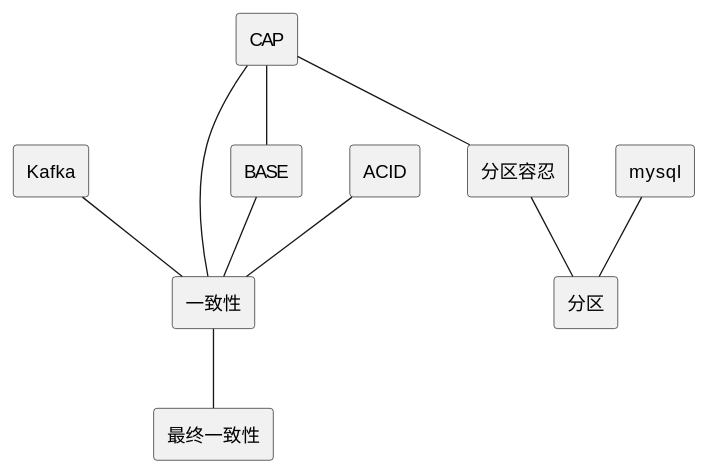
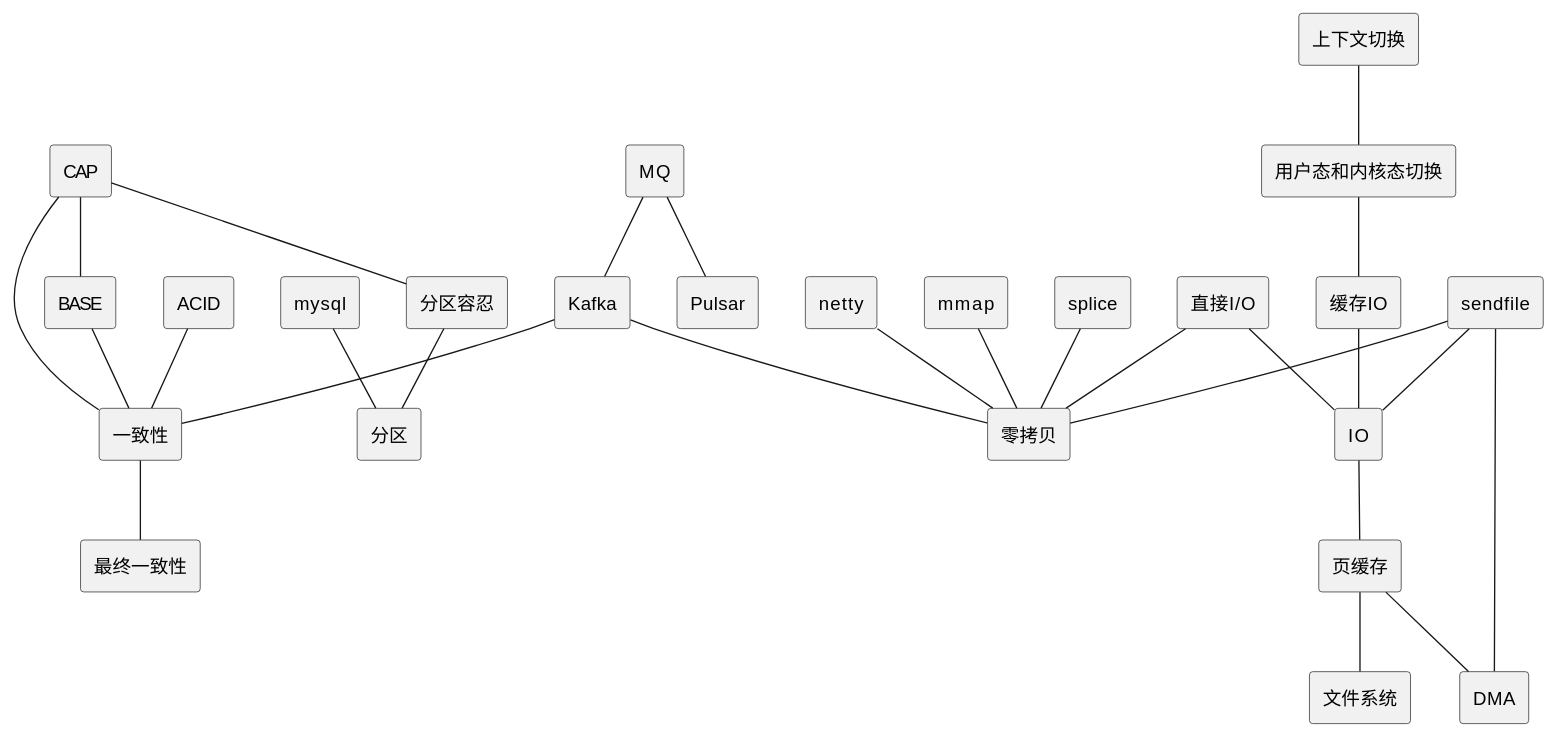
Before and after one commit to wiloon/blog: the diagram in content/post/archive-1/2015-08-06-dev-env.md, drawn with PlantUML. The commit also changed 6 other files, not shown here.

````diff
--- a/content/post/archive-1/2015-08-06-dev-env.md
+++ b/content/post/archive-1/2015-08-06-dev-env.md
@@ -93,25 +93,56 @@
 ```puml
 @startuml
 skinparam componentStyle rectangle
 
 [Kafka] as kafka
 [一致性] as consistency
 [最终一致性] as eventual_consistency
 [CAP] as cap
 [BASE] as base
 [分区容忍] as partition_tolerance
 [分区] as partition
 [mysql]
 [ACID] as acid
-
+[MQ] as mq
+[Pulsar] as pulsar
+[netty]
+[零拷贝] as zero_copy
+[IO] as io
+[缓存IO] as buffered_io
+[页缓存] as page_cache
+[sendfile] as sendfile
+[DMA] as dma
+[文件系统] as file_system
+[直接I/O] as direct_io
+[mmap]
+[splice]
+[用户态和内核态切换] as user_kernal_switch
+[上下文切换] as context_switch
 kafka--consistency
 cap--base
 cap--consistency
 partition_tolerance--partition
 mysql--partition
 consistency--eventual_consistency
 acid--consistency
 base--consistency
 cap--partition_tolerance
+mq--kafka
+mq--pulsar
+kafka--zero_copy
+netty--zero_copy
+io--page_cache
+buffered_io--io
+sendfile--io
+page_cache--dma
+page_cache--file_system
+direct_io--io
+direct_io--zero_copy
+mmap--zero_copy
+sendfile--zero_copy
+splice--zero_copy
+sendfile--dma
+user_kernal_switch--buffered_io
+context_switch--user_kernal_switch
 @enduml
 ```
````
